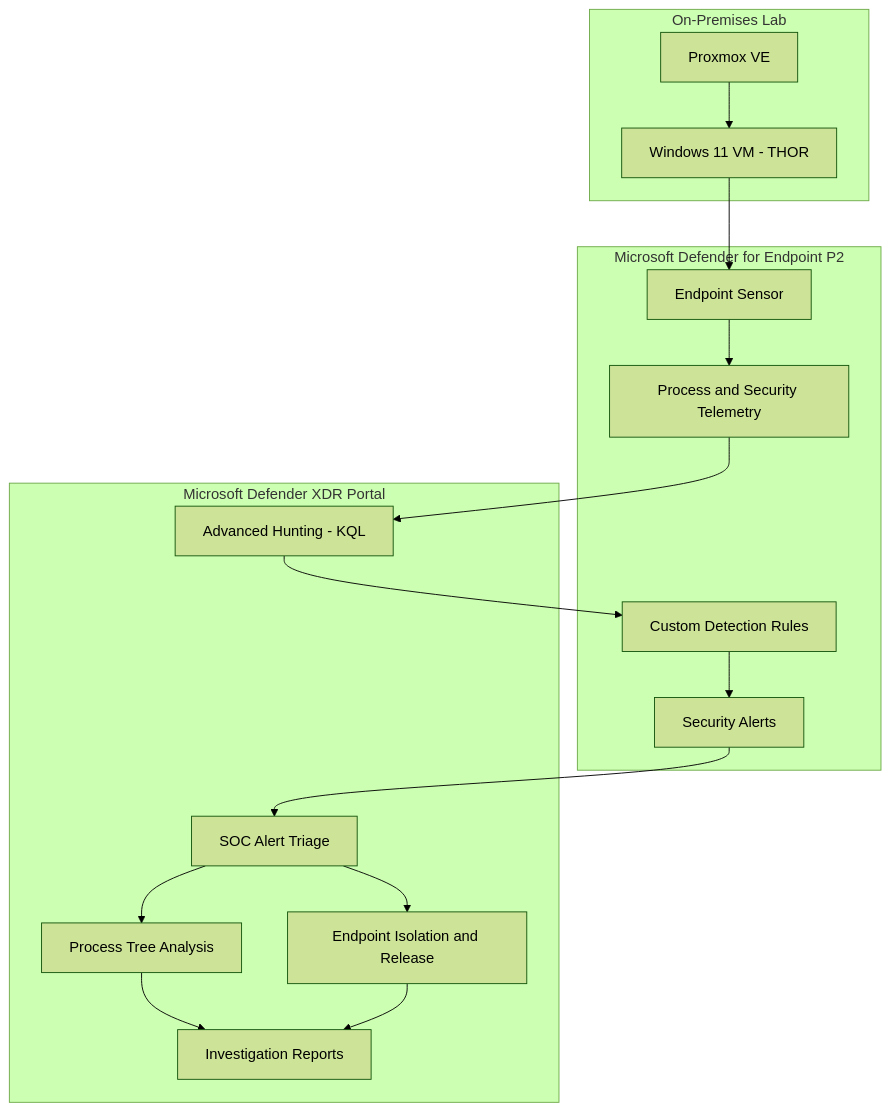
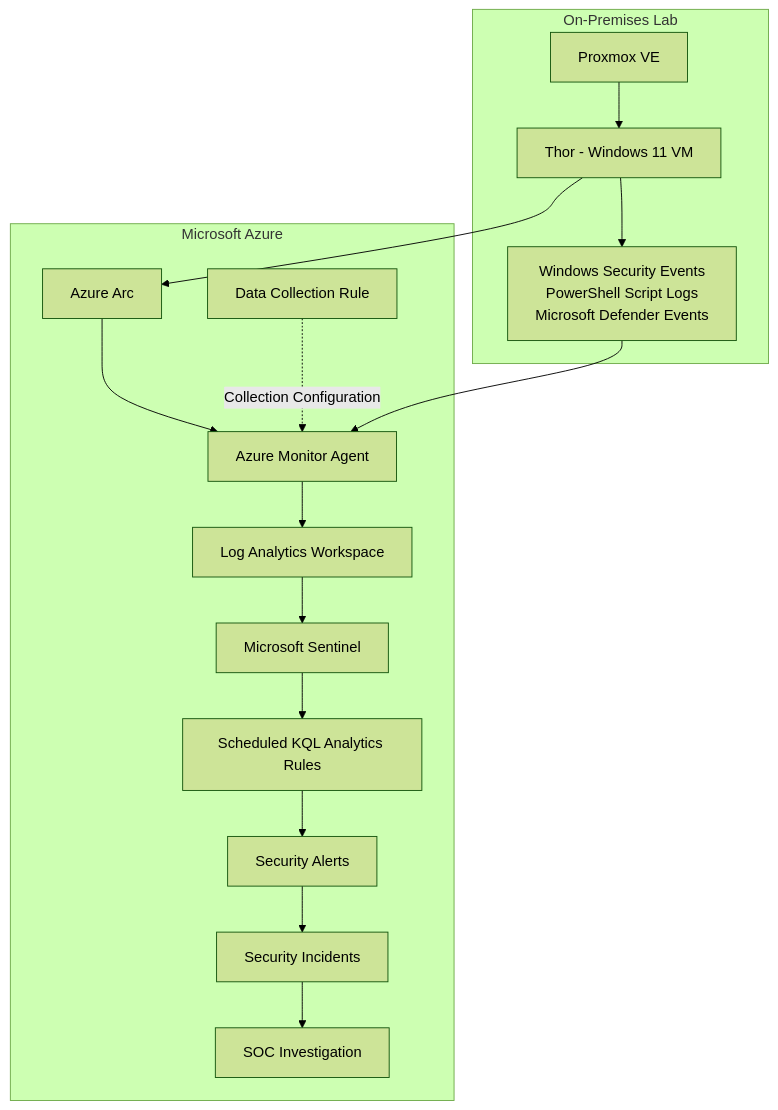
Before and after one commit to CyberAmal/microsoft-sentinel-cloud-soc: the first of 2 diagrams in README.md, drawn with Mermaid (forest theme). The commit also changed other lines of this file, not shown here.

````diff
--- a/README.md
+++ b/README.md
@@ -32,34 +26,33 @@
 ```mermaid
 flowchart TD
-    subgraph LAB["On-Premises Lab"]
+    subgraph HOME["On-Premises Lab"]
         P["Proxmox VE"]
-        W["Windows 11 VM - THOR"]
+        W["Thor - Windows 11 VM"]
+        LOG["Windows Security Events<br/>PowerShell Script Logs<br/>Microsoft Defender Events"]
         P --> W
+        W --> LOG
     end
 
-    subgraph EDR["Microsoft Defender for Endpoint P2"]
-        SENSOR["Endpoint Sensor"]
-        TELEMETRY["Process and Security Telemetry"]
-        DETECTION["Custom Detection Rules"]
+    subgraph CLOUD["Microsoft Azure"]
+        ARC["Azure Arc"]
+        AMA["Azure Monitor Agent"]
+        DCR["Data Collection Rule"]
+        LAW["Log Analytics Workspace"]
+        SENT["Microsoft Sentinel"]
+        RULE["Scheduled KQL Analytics Rules"]
         ALERT["Security Alerts"]
+        INC["Security Incidents"]
+        INV["SOC Investigation"]
     end
 
-    subgraph SOC["Microsoft Defender XDR Portal"]
-        HUNT["Advanced Hunting - KQL"]
-        TRIAGE["SOC Alert Triage"]
-        PROCESS["Process Tree Analysis"]
-        RESPONSE["Endpoint Isolation and Release"]
-        REPORT["Investigation Reports"]
-    end
-
-    W --> SENSOR
-    SENSOR --> TELEMETRY
-    TELEMETRY --> HUNT
-    HUNT --> DETECTION
-    DETECTION --> ALERT
-    ALERT --> TRIAGE
-    TRIAGE --> PROCESS
-    TRIAGE --> RESPONSE
-    PROCESS --> REPORT
-    RESPONSE --> REPORT
+    W --> ARC
+    ARC --> AMA
+    LOG --> AMA
+    DCR -. "Collection Configuration" .-> AMA
+    AMA --> LAW
+    LAW --> SENT
+    SENT --> RULE
+    RULE --> ALERT
+    ALERT --> INC
+    INC --> INV
 ```
````
